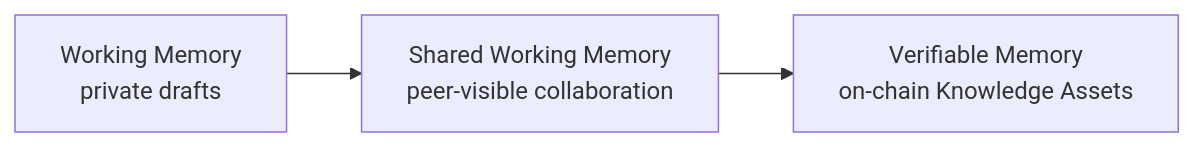
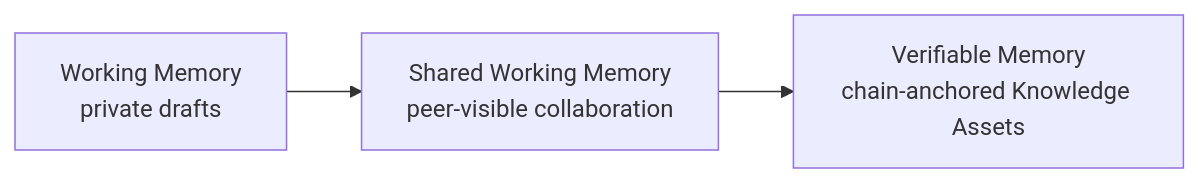
One commit to OriginTrail/dkg changed the diagram in docs/how-dkg-works/key-concepts.md. Above: the diagram before and after it, drawn with Mermaid. The commit also changed other lines of this file and 16 other files, not shown here.

````diff
--- a/docs/how-dkg-works/key-concepts.md
+++ b/docs/how-dkg-works/key-concepts.md
@@ -14,5 +14,5 @@
 ```mermaid
 flowchart LR
   WM["Working Memory<br/>private drafts"] --> SWM["Shared Working Memory<br/>peer-visible collaboration"]
-  SWM --> VM["Verifiable Memory<br/>on-chain Knowledge Assets"]
+  SWM --> VM["Verifiable Memory<br/>chain-anchored Knowledge Assets"]
 ```
````
